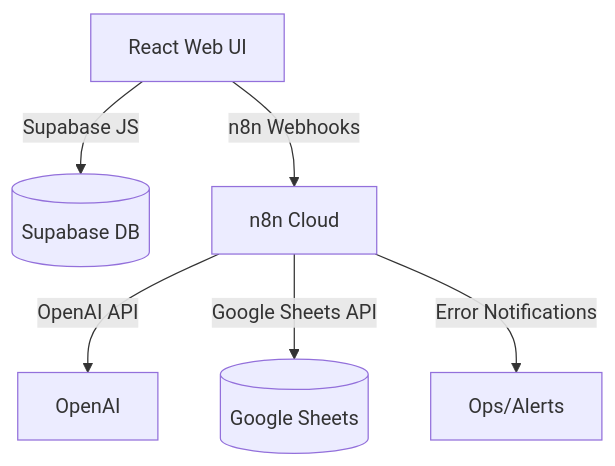
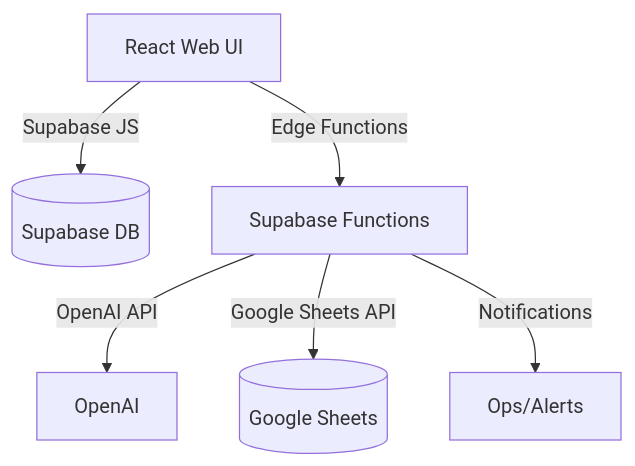
The diagram in AUDIT_REPORT.md (ikanisa/prisma), drawn with Mermaid before and after one commit. The commit also changed other lines of this file and 321 other files, not shown here.

````diff
--- a/AUDIT_REPORT.md
+++ b/AUDIT_REPORT.md
@@ -39,8 +39,8 @@
 ```mermaid
 flowchart TD
   A[React Web UI] -->|Supabase JS| B[(Supabase DB)]
-  A -->|n8n Webhooks| C[n8n Cloud]
-  C -->|OpenAI API| D[OpenAI]
-  C -->|Google Sheets API| E[(Google Sheets)]
-  C -->|Error Notifications| F[Ops/Alerts]
+  A -->|Edge Functions| D[Supabase Functions]
+  D -->|OpenAI API| E[OpenAI]
+  D -->|Google Sheets API| F[(Google Sheets)]
+  D -->|Notifications| G[Ops/Alerts]
 ```
````
